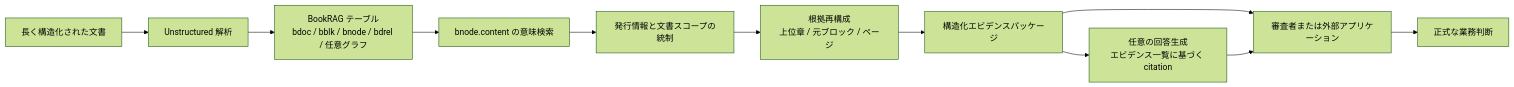
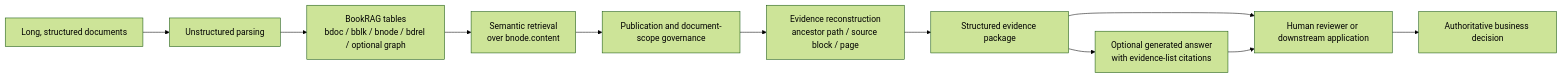
One commit to xuhaibintd/EVSUI changed the first of 2 diagrams in docs/bookrag_industrial_use_cases_ja.md. Above: the diagram before and after it, drawn with Mermaid (forest theme). The commit also changed other lines of this file and 91 other files, not shown here.

````diff
--- a/docs/bookrag_industrial_use_cases_ja.md
+++ b/docs/bookrag_industrial_use_cases_ja.md
@@ -34,13 +35,13 @@
 ```mermaid
 flowchart LR
-    Docs["長く構造化された文書"] --> Parse["Unstructured 解析"]
-    Parse --> Tables["BookRAG テーブル<br/>bdoc / bblk / bnode / bdrel / 任意グラフ"]
-    Tables --> Vector["bnode.content の意味検索"]
-    Vector --> Scope["発行情報と文書スコープの統制"]
-    Scope --> Rebuild["根拠再構成<br/>上位章 / 元ブロック / ページ"]
-    Rebuild --> Package["構造化エビデンスパッケージ"]
-    Package --> Review["審査者または外部アプリケーション"]
-    Package --> Answer["任意の回答生成<br/>エビデンス一覧に基づく citation"]
-    Review --> Decision["正式な業務判断"]
+    Docs["Long, structured documents"] --> Parse["Unstructured parsing"]
+    Parse --> Tables["BookRAG tables<br/>bdoc / bblk / bnode / bdrel / optional graph"]
+    Tables --> Vector["Semantic retrieval<br/>over bnode.content"]
+    Vector --> Scope["Publication and document-scope governance"]
+    Scope --> Rebuild["Evidence reconstruction<br/>ancestor path / source block / page"]
+    Rebuild --> Package["Structured evidence package"]
+    Package --> Review["Human reviewer or downstream application"]
+    Package --> Answer["Optional generated answer<br/>with evidence-list citations"]
+    Review --> Decision["Authoritative business decision"]
     Answer --> Review
 ```
````
